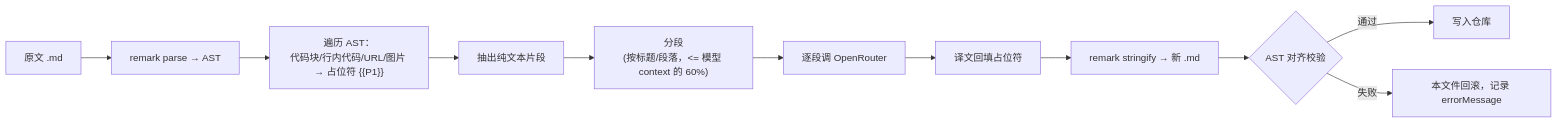
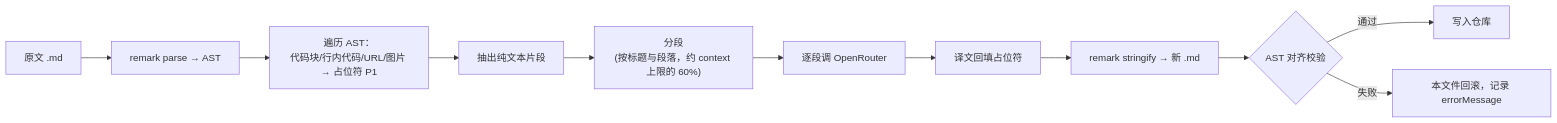
The tenth of 12 diagrams in docs/TechDesign.md (tryubest/github-global), drawn with Mermaid before and after one commit. The commit also changed other lines of this file and 1 other file, not shown here.

First line of the commit message:
fix(docs): make Mermaid blocks GitHub-renderable + add mermaid rule

````diff
--- a/docs/TechDesign.md
+++ b/docs/TechDesign.md
@@ -980,13 +980,13 @@
 ```mermaid
 flowchart LR
     A[原文 .md] --> B[remark parse → AST]
-    B --> C["遍历 AST：<br/>代码块/行内代码/URL/图片 → 占位符 {{P1}}"]
+    B --> C["遍历 AST：<br/>代码块/行内代码/URL/图片 → 占位符 P1"]
     C --> D[抽出纯文本片段]
-    D --> E["分段<br/>(按标题/段落，<= 模型 context 的 60%)"]
+    D --> E["分段<br/>(按标题与段落，约 context 上限的 60%)"]
     E --> F[逐段调 OpenRouter]
     F --> G[译文回填占位符]
     G --> H[remark stringify → 新 .md]
     H --> I{AST 对齐校验}
     I -- 通过 --> J[写入仓库]
     I -- 失败 --> K[本文件回滚，记录 errorMessage]
 ```
````
